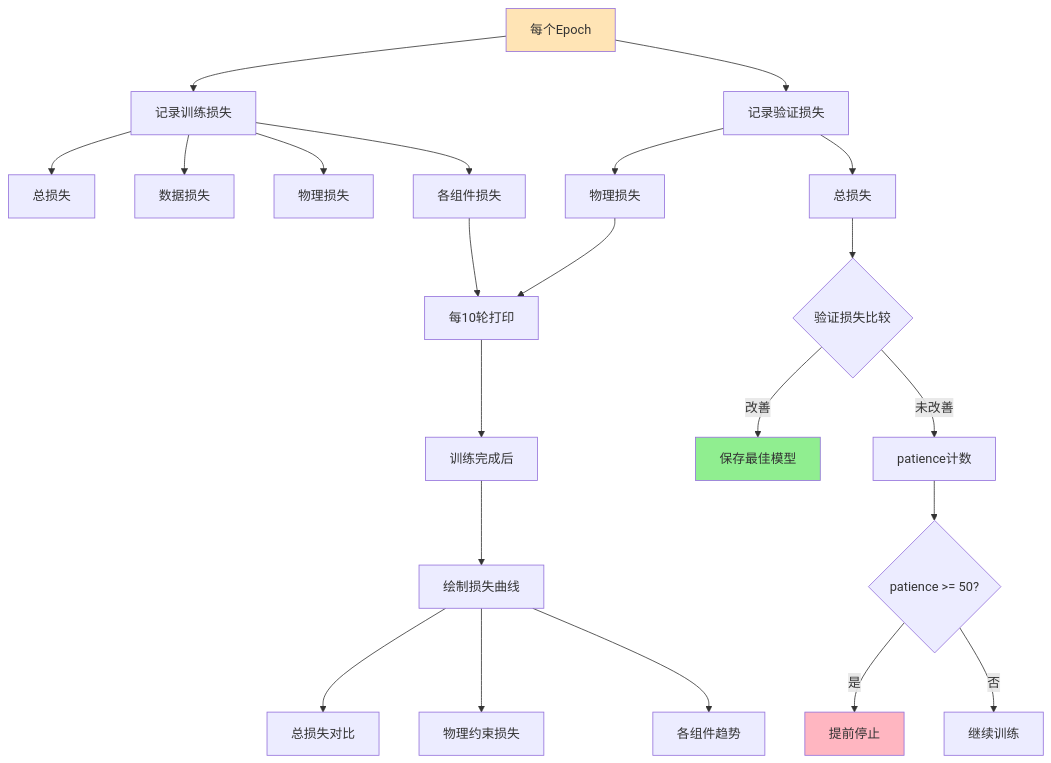
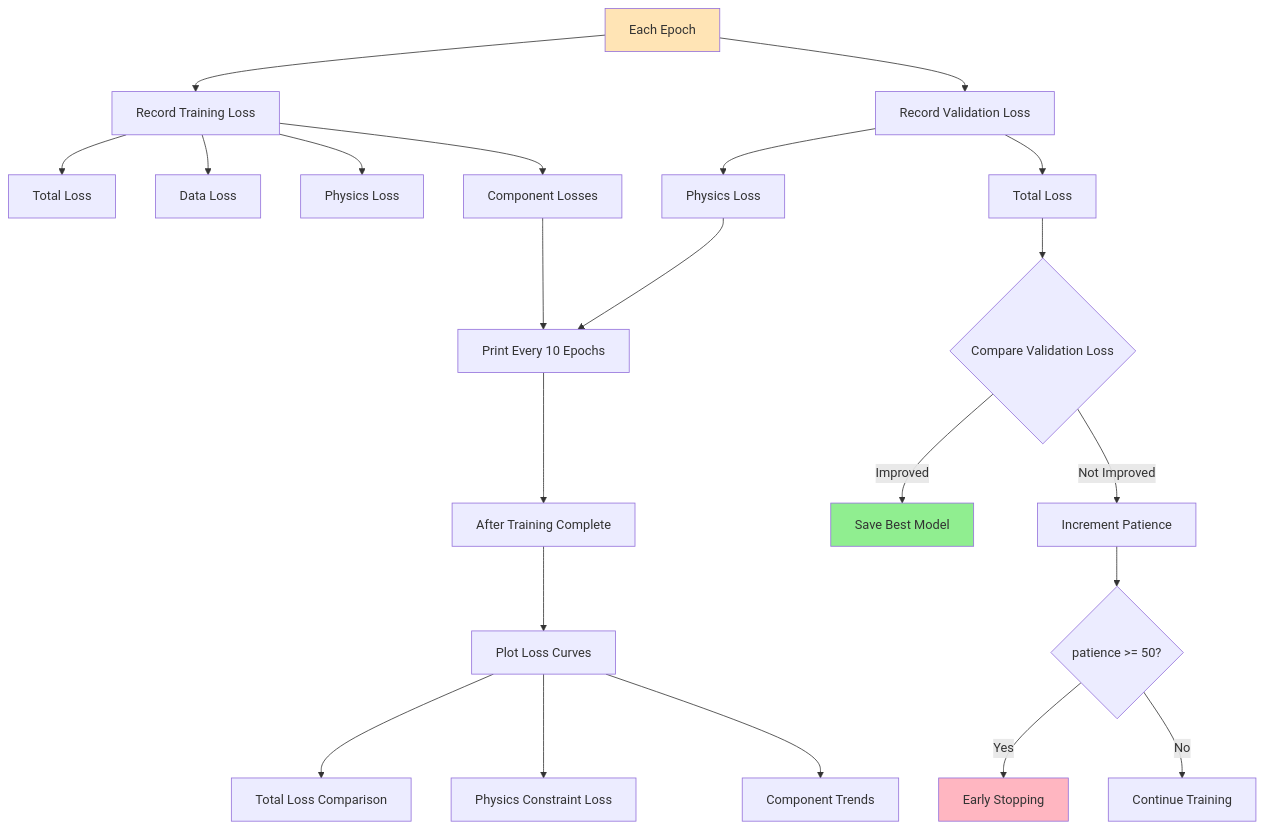
One commit to Prcmise/PB_Rheo changed the tenth of 10 diagrams in 流程图_PINN_Rheology_Prediction.md. Above: the diagram before and after it, drawn with Mermaid. The commit also changed other lines of this file, not shown here.

````diff
--- a/流程图_PINN_Rheology_Prediction.md
+++ b/流程图_PINN_Rheology_Prediction.md
@@ -418,32 +418,32 @@
 ```mermaid
 flowchart TD
-    A[每个Epoch] --> B[记录训练损失]
-    B --> B1[总损失]
-    B --> B2[数据损失]
-    B --> B3[物理损失]
-    B --> B4[各组件损失]
+    A[Each Epoch] --> B[Record Training Loss]
+    B --> B1[Total Loss]
+    B --> B2[Data Loss]
+    B --> B3[Physics Loss]
+    B --> B4[Component Losses]
     
-    A --> C[记录验证损失]
-    C --> C1[总损失]
-    C --> C2[物理损失]
+    A --> C[Record Validation Loss]
+    C --> C1[Total Loss]
+    C --> C2[Physics Loss]
     
-    B4 --> D[每10轮打印]
+    B4 --> D[Print Every 10 Epochs]
     C2 --> D
     
-    D --> E[训练完成后]
-    E --> F[绘制损失曲线]
-    F --> F1[总损失对比]
-    F --> F2[物理约束损失]
-    F --> F3[各组件趋势]
+    D --> E[After Training Complete]
+    E --> F[Plot Loss Curves]
+    F --> F1[Total Loss Comparison]
+    F --> F2[Physics Constraint Loss]
+    F --> F3[Component Trends]
     
-    C1 --> G{验证损失比较}
-    G -->|改善| H[保存最佳模型]
-    G -->|未改善| I[patience计数]
+    C1 --> G{Compare Validation Loss}
+    G -->|Improved| H[Save Best Model]
+    G -->|Not Improved| I[Increment Patience]
     I --> J{patience >= 50?}
-    J -->|是| K[提前停止]
-    J -->|否| Continue[继续训练]
+    J -->|Yes| K[Early Stopping]
+    J -->|No| Continue[Continue Training]
     
     style A fill:#FFE4B5
     style K fill:#FFB6C1
     style H fill:#90EE90
 ```
````
